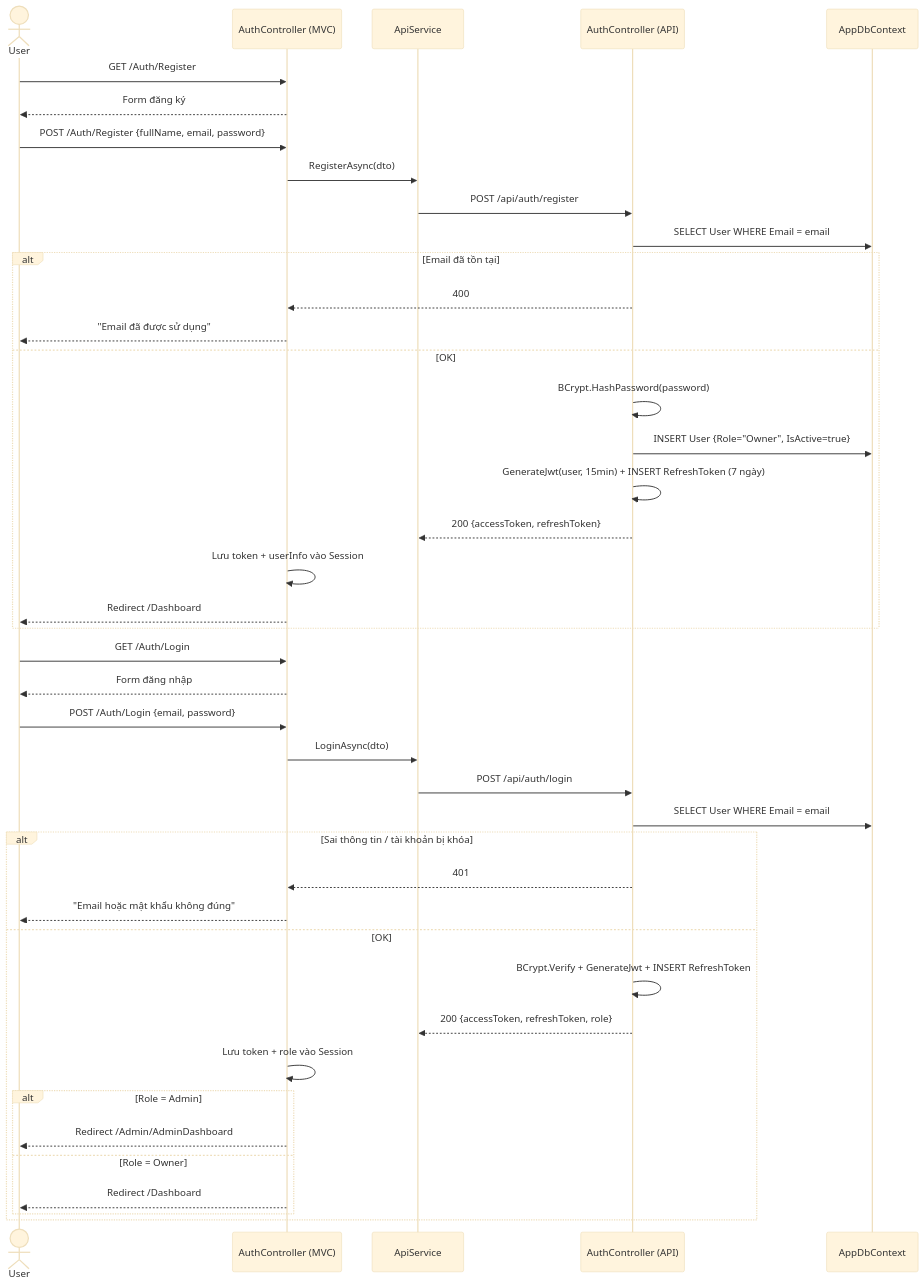
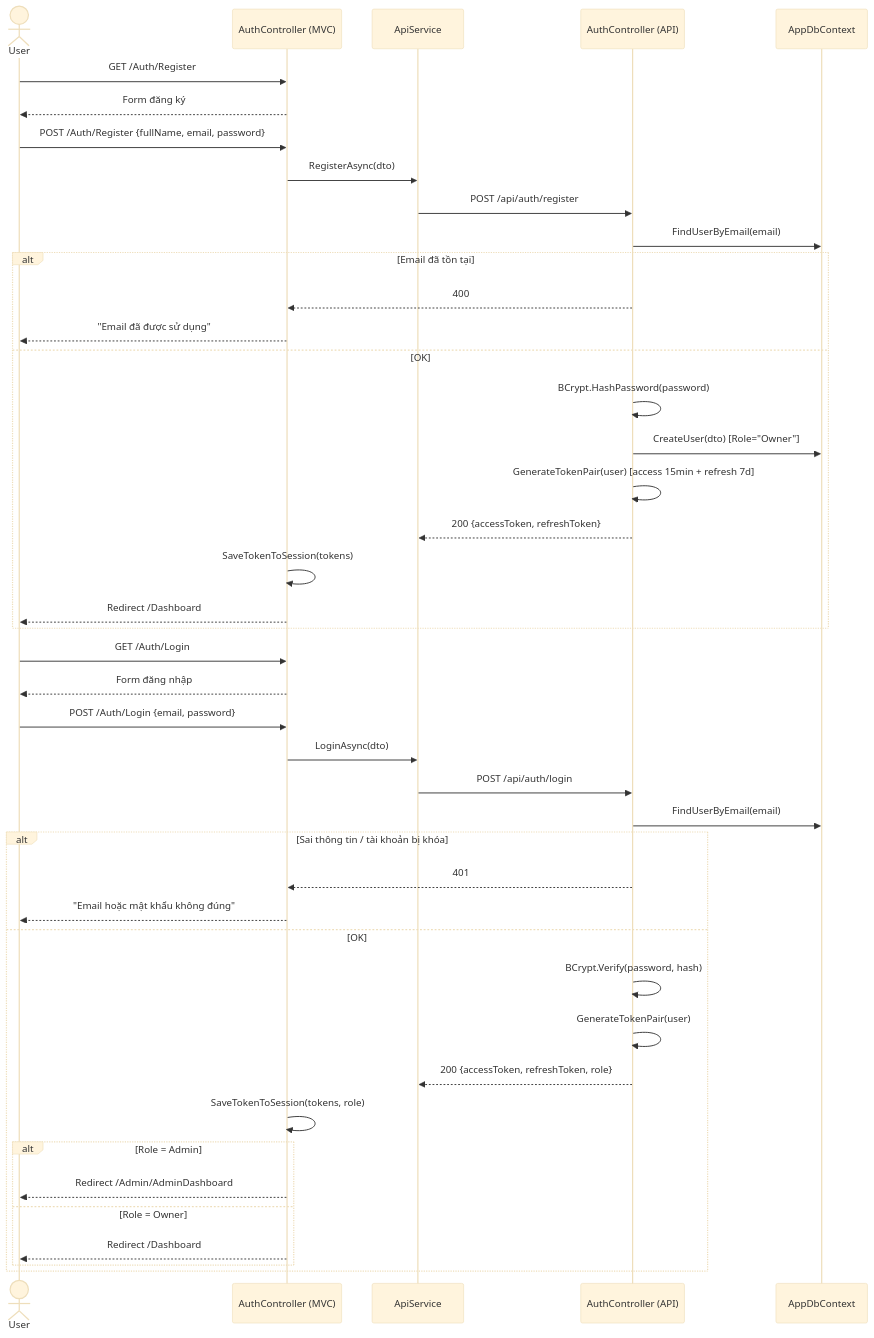
One commit to MTai55/csharp changed diagram 14 of 27 in PRD.md. Above: the diagram before and after it, drawn with Mermaid (base theme). The commit also changed other lines of this file, not shown here.

Commit message:
Sửa Sequence trong prd

````diff
--- a/PRD.md
+++ b/PRD.md
@@ -1736,46 +1792,47 @@
 ```mermaid
 sequenceDiagram
     actor User
     participant AuthMVC as AuthController (MVC)
     participant API as ApiService
     participant AuthAPI as AuthController (API)
     participant DB as AppDbContext
 
     User->>AuthMVC: GET /Auth/Register
     AuthMVC-->>User: Form đăng ký
     User->>AuthMVC: POST /Auth/Register {fullName, email, password}
     AuthMVC->>API: RegisterAsync(dto)
     API->>AuthAPI: POST /api/auth/register
-    AuthAPI->>DB: SELECT User WHERE Email = email
+    AuthAPI->>DB: FindUserByEmail(email)
     alt Email đã tồn tại
         AuthAPI-->>AuthMVC: 400
         AuthMVC-->>User: "Email đã được sử dụng"
     else OK
         AuthAPI->>AuthAPI: BCrypt.HashPassword(password)
-        AuthAPI->>DB: INSERT User {Role="Owner", IsActive=true}
-        AuthAPI->>AuthAPI: GenerateJwt(user, 15min) + INSERT RefreshToken (7 ngày)
+        AuthAPI->>DB: CreateUser(dto) [Role="Owner"]
+        AuthAPI->>AuthAPI: GenerateTokenPair(user) [access 15min + refresh 7d]
         AuthAPI-->>API: 200 {accessToken, refreshToken}
-        AuthMVC->>AuthMVC: Lưu token + userInfo vào Session
+        AuthMVC->>AuthMVC: SaveTokenToSession(tokens)
         AuthMVC-->>User: Redirect /Dashboard
     end
 
     User->>AuthMVC: GET /Auth/Login
     AuthMVC-->>User: Form đăng nhập
     User->>AuthMVC: POST /Auth/Login {email, password}
     AuthMVC->>API: LoginAsync(dto)
     API->>AuthAPI: POST /api/auth/login
-    AuthAPI->>DB: SELECT User WHERE Email = email
+    AuthAPI->>DB: FindUserByEmail(email)
     alt Sai thông tin / tài khoản bị khóa
         AuthAPI-->>AuthMVC: 401
         AuthMVC-->>User: "Email hoặc mật khẩu không đúng"
     else OK
-        AuthAPI->>AuthAPI: BCrypt.Verify + GenerateJwt + INSERT RefreshToken
+        AuthAPI->>AuthAPI: BCrypt.Verify(password, hash)
+        AuthAPI->>AuthAPI: GenerateTokenPair(user)
         AuthAPI-->>API: 200 {accessToken, refreshToken, role}
-        AuthMVC->>AuthMVC: Lưu token + role vào Session
+        AuthMVC->>AuthMVC: SaveTokenToSession(tokens, role)
         alt Role = Admin
             AuthMVC-->>User: Redirect /Admin/AdminDashboard
         else Role = Owner
             AuthMVC-->>User: Redirect /Dashboard
         end
     end
 ```
````
